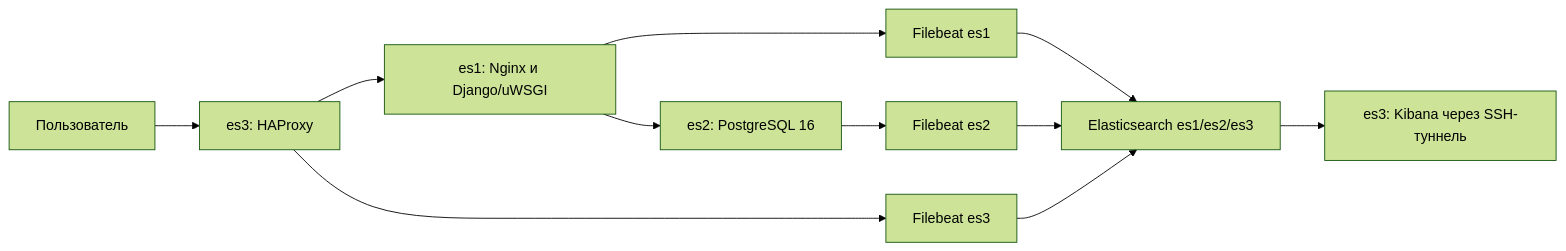
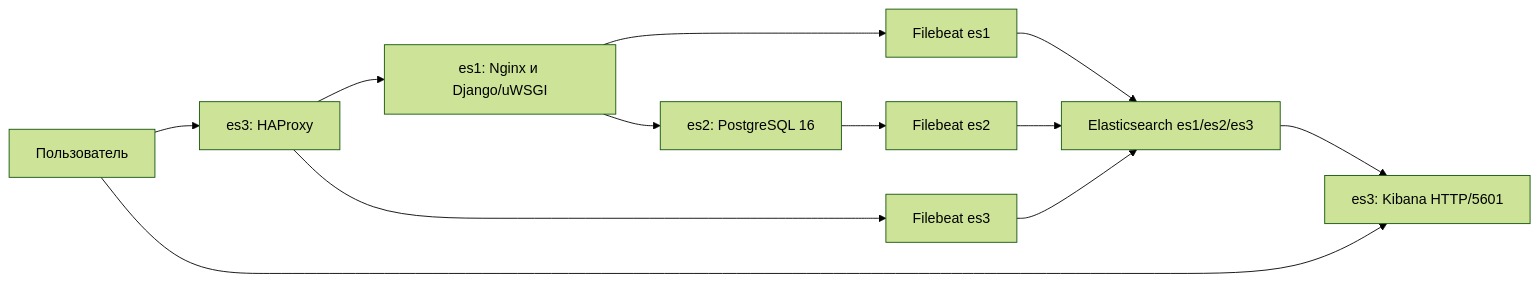
Before and after one commit to airiga1897/OTUS_DZ07: the diagram in README.md, drawn with Mermaid (forest theme). The commit also changed other lines of this file and 7 other files, not shown here.

Commit message:
Expose Kibana over restricted HTTP and restore standard SSH port

````diff
--- a/README.md
+++ b/README.md
@@ -11,13 +11,14 @@
 ```mermaid
 flowchart LR
     User[Пользователь] --> LB[es3: HAProxy]
     LB --> Web[es1: Nginx и Django/uWSGI]
     Web --> DB[es2: PostgreSQL 16]
     Web --> F1[Filebeat es1]
     DB --> F2[Filebeat es2]
     LB --> F3[Filebeat es3]
     F1 --> ES[Elasticsearch es1/es2/es3]
     F2 --> ES
     F3 --> ES
-    ES --> K[es3: Kibana через SSH-туннель]
+    ES --> K[es3: Kibana HTTP/5601]
+    User --> K
 ```
````
